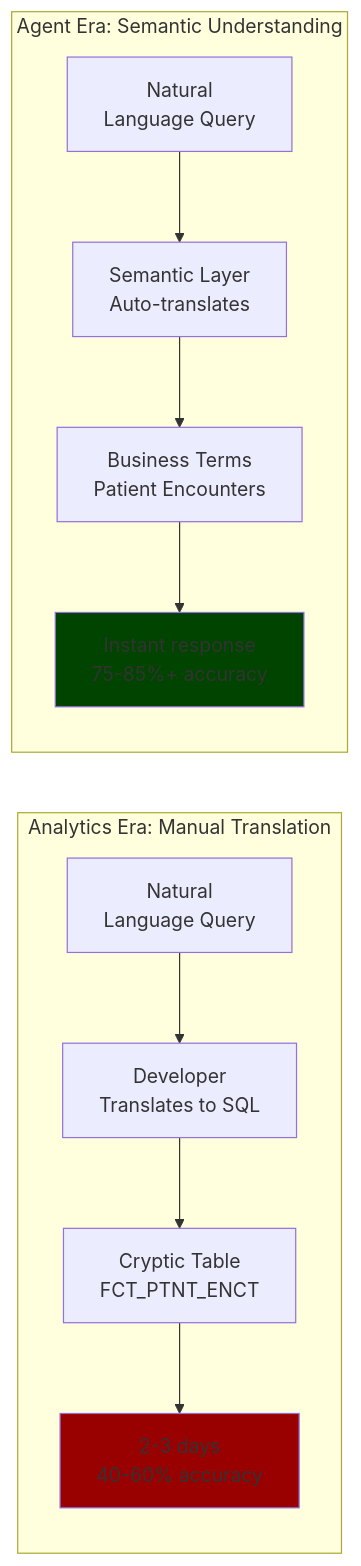
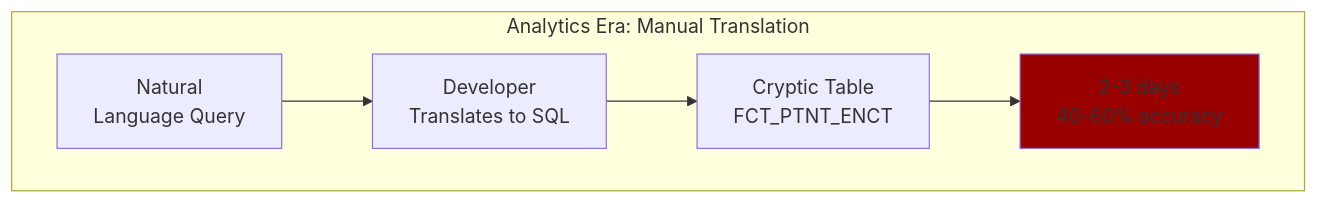
One commit to colaberry/enterprise-data-readiness-ai-agents changed the fourth of 9 diagrams in chapter-00/chapter_00_complete.md. Above: the diagram before and after it, drawn with Mermaid.

Commit message:
diagram 3 commits
diagram 3 commits

````diff
--- a/chapter-00/chapter_00_complete.md
+++ b/chapter-00/chapter_00_complete.md
@@ -273,17 +269,10 @@
 ```mermaid
-graph LR
+graph TB
     subgraph "Analytics Era: Manual Translation"
         A1[Natural<br/>Language Query] --> A2[Developer<br/>Translates to SQL]
         A2 --> A3[Cryptic Table<br/>FCT_PTNT_ENCT]
         A3 --> A4[2-3 days<br/>40-60% accuracy]
     end
-    
-    subgraph "Agent Era: Semantic Understanding"
-        B1[Natural<br/>Language Query] --> B2[Semantic Layer<br/>Auto-translates]
-        B2 --> B3[Business Terms<br/>Patient Encounters]
-        B3 --> B4[Instant response<br/>75-85%+ accuracy]
-    end
-    
+
     style A4 fill:#990000
-    style B4 fill:#004400
 ```
````
